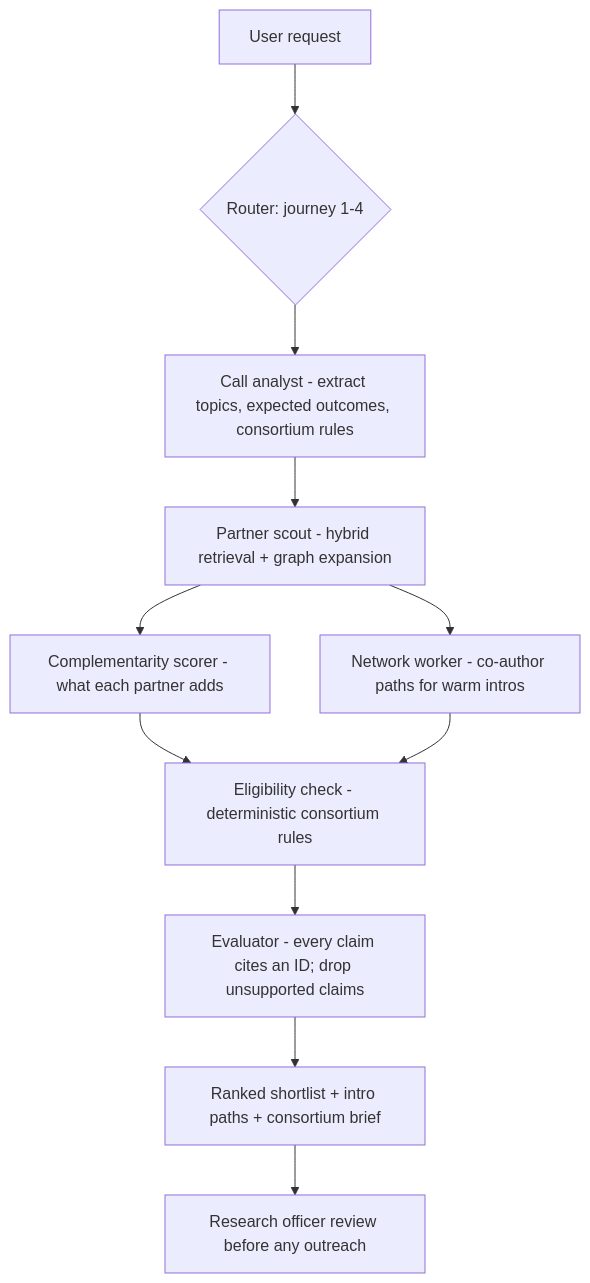
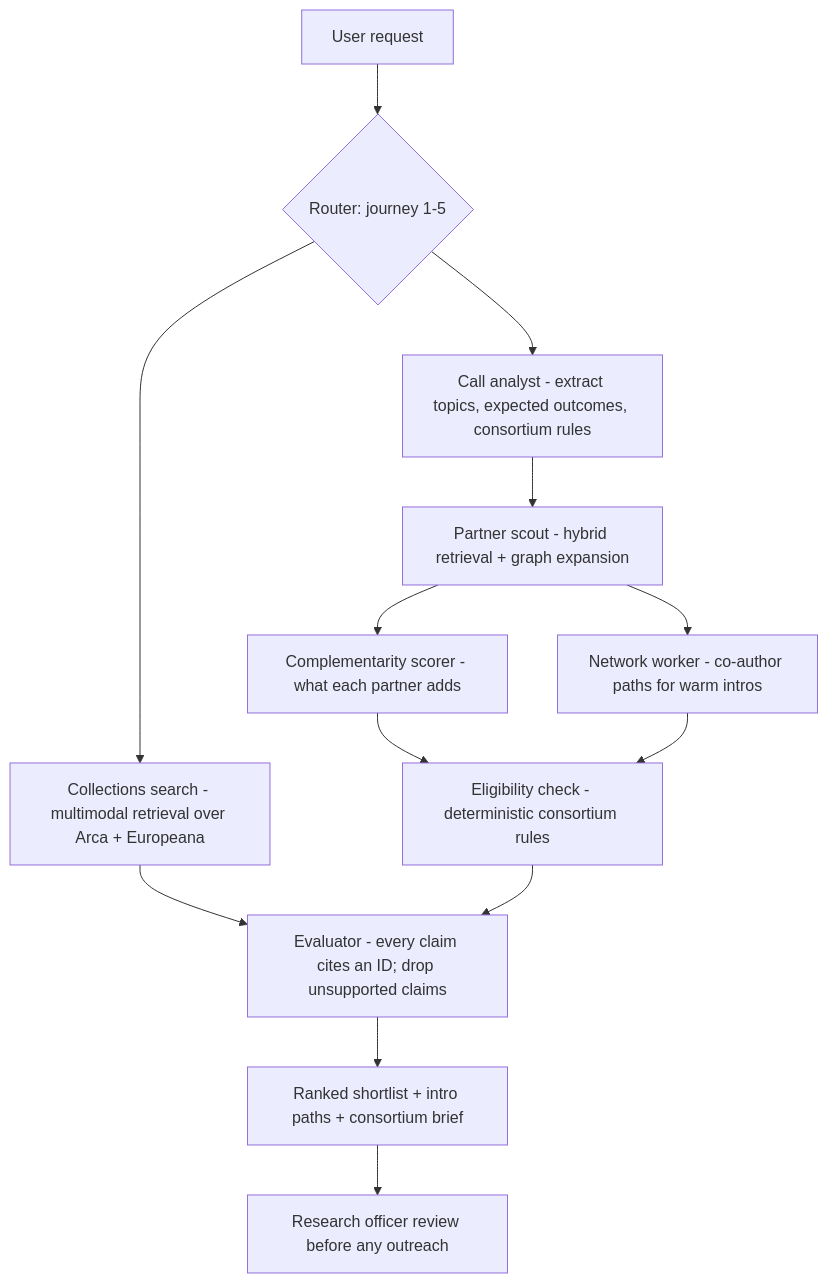
Before and after one commit to teamworxAI/campus-ai: the second of 2 diagrams in docs/plans/master_plan.md, drawn with Mermaid. The commit also changed other lines of this file and 2 other files, not shown here.

First line of the commit message:
Add Arca/Europeana multimodal layer and EmbeddingGemma 2 embedder

````diff
--- a/docs/plans/master_plan.md
+++ b/docs/plans/master_plan.md
@@ -183,12 +219,14 @@
 ```mermaid
 flowchart TD
-    Q[User request] --> RT{Router: journey 1-4}
+    Q[User request] --> RT{Router: journey 1-5}
+    RT --> MM[Collections search - multimodal retrieval over Arca + Europeana]
+    MM --> EV
     RT --> CA[Call analyst - extract topics, expected outcomes, consortium rules]
     CA --> PS[Partner scout - hybrid retrieval + graph expansion]
     PS --> CS[Complementarity scorer - what each partner adds]
     PS --> NW[Network worker - co-author paths for warm intros]
     CS & NW --> EL[Eligibility check - deterministic consortium rules]
     EL --> EV[Evaluator - every claim cites an ID; drop unsupported claims]
     EV --> OUT[Ranked shortlist + intro paths + consortium brief]
     OUT --> H[Research officer review before any outreach]
 ```
````
